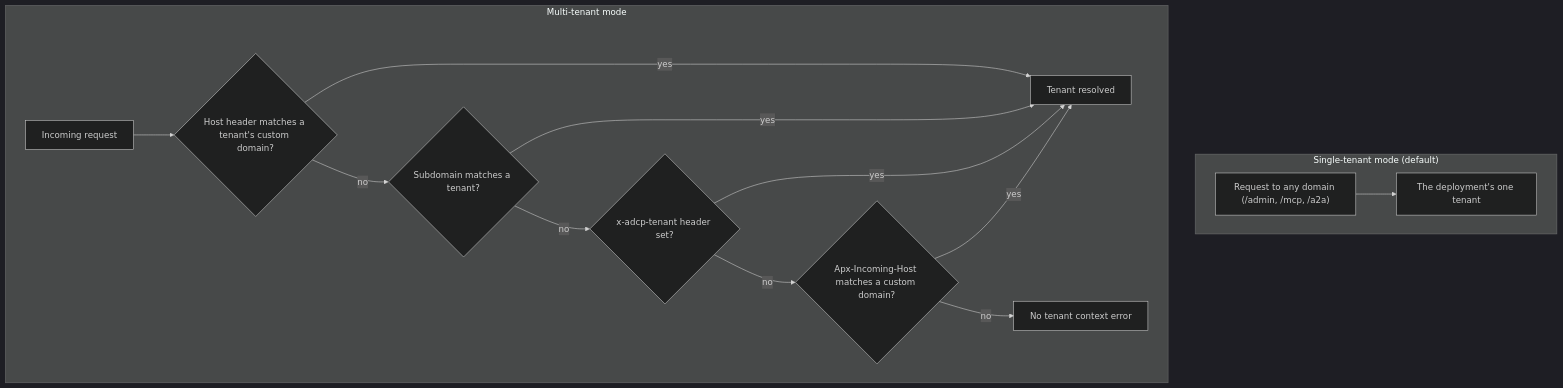
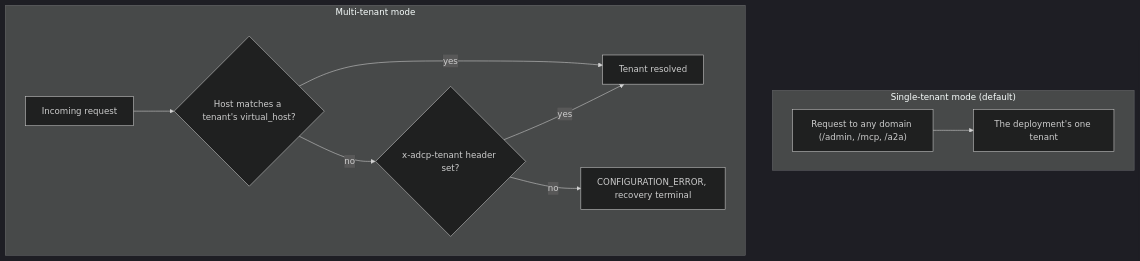
The diagram in docs/deployment/multi-tenant.md (KonstantinMirin/prebid-salesagent), drawn with Mermaid (dark theme) before and after one commit. The commit also changed other lines of this file and 286 other files, not shown here.

````diff
--- a/docs/deployment/multi-tenant.md
+++ b/docs/deployment/multi-tenant.md
@@ -15,18 +29,14 @@
 ```mermaid
 flowchart TD
     subgraph Single["Single-tenant mode (default)"]
         SReq["Request to any domain (/admin, /mcp, /a2a)"] --> STen["The deployment's one tenant"]
     end
 
     subgraph Multi["Multi-tenant mode"]
-        MReq["Incoming request"] --> VH{"Host header matches a tenant's custom domain?"}
+        MReq["Incoming request"] --> VH{"Host matches a tenant's virtual_host?"}
         VH -- yes --> Ten["Tenant resolved"]
-        VH -- no --> SD{"Subdomain matches a tenant?"}
-        SD -- yes --> Ten
-        SD -- no --> XH{"x-adcp-tenant header set?"}
+        VH -- no --> XH{"x-adcp-tenant header set?"}
         XH -- yes --> Ten
-        XH -- no --> APX{"Apx-Incoming-Host matches a custom domain?"}
-        APX -- yes --> Ten
-        APX -- no --> Err["No tenant context error"]
+        XH -- no --> Err["CONFIGURATION_ERROR, recovery terminal"]
     end
 ```
````
